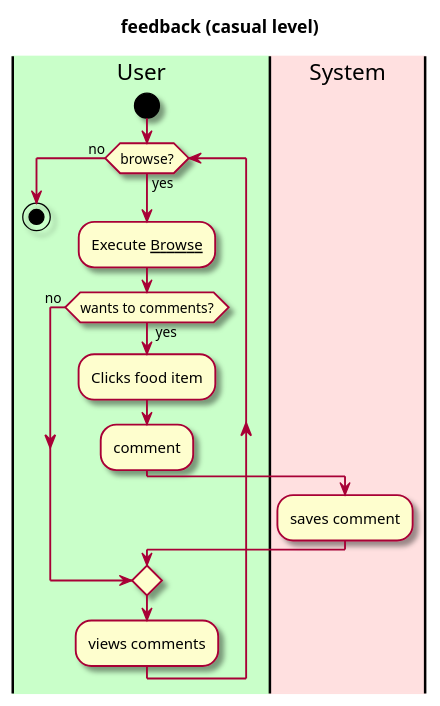
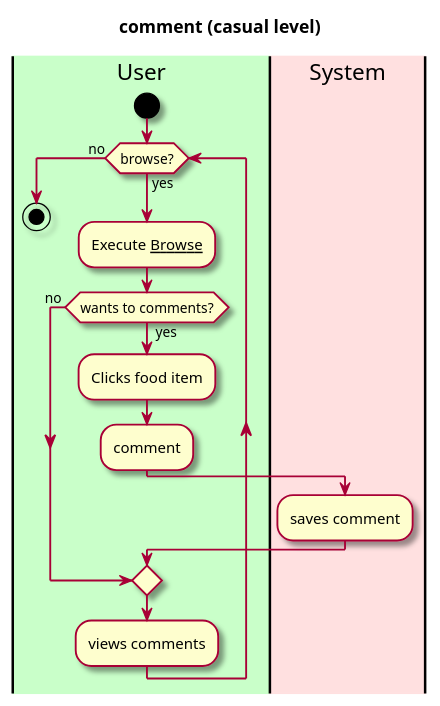
One commit to EzekielEkanem/team-1d changed the diagram in intellij/doc/use-cases/use-case-comment.md. Above: the diagram before and after it, drawn with PlantUML. The commit also changed other lines of this file and 10 other files, not shown here.

````diff
--- a/intellij/doc/use-cases/use-case-comment.md
+++ b/intellij/doc/use-cases/use-case-comment.md
@@ -23,36 +23,36 @@
 ```plantuml
 @startuml
 
 skin rose
 
-title feedback (casual level)
+title comment (casual level)
 
 'define the lanes
 
 |#technology|User|
 |#implementation|System|
 
 
 |User|
 
 start
 
 while (browse?) is (yes) 
     :Execute __Browse__;
     if (wants to comments?) is  ( yes ) then
         :Clicks food item;
         :comment;
         |System|
         :saves comment;
     else ( no ) 
     endif  
     
     
 
 |User|
 :views comments;
 endwhile(no)
 
 stop
 @enduml
 ```
````
